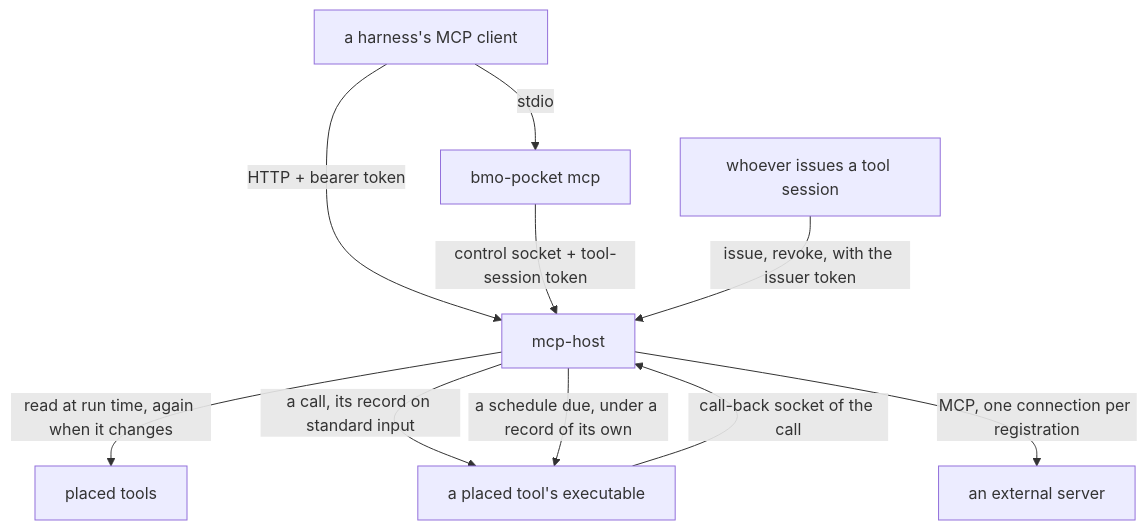
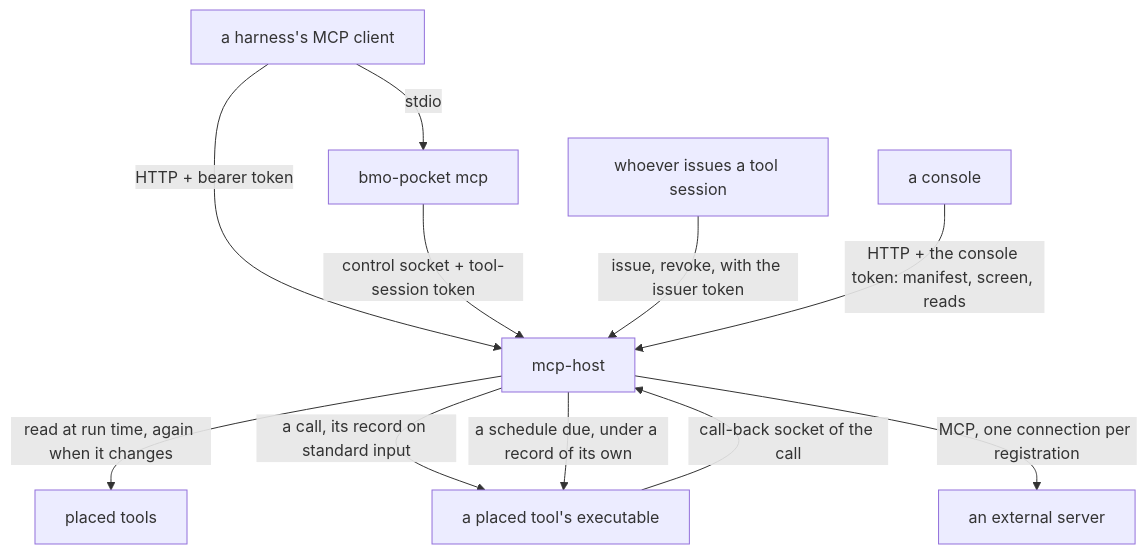
Before and after one commit to ahas/bmo-pocket: the diagram in docs/mcp-host.md, drawn with Mermaid. The commit also changed other lines of this file and 59 other files, not shown here.

First line of the commit message:
Serve the host's screen as a console bundle on a console face of its own

````diff
--- a/docs/mcp-host.md
+++ b/docs/mcp-host.md
@@ -24,12 +24,13 @@
 ```mermaid
 flowchart TD
   Harness[a harness's MCP client] -->|HTTP + bearer token| Host[mcp-host]
   Harness -->|stdio| Plugin[bmo-pocket mcp]
   Plugin -->|control socket + tool-session token| Host
   Issuer[whoever issues a tool session] -->|issue, revoke, with the issuer token| Host
   Host -->|read at run time, again when it changes| Placed[placed tools]
   Host -->|a call, its record on standard input| Exe[a placed tool's executable]
   Exe -->|call-back socket of the call| Host
   Host -->|a schedule due, under a record of its own| Exe
   Host -->|MCP, one connection per registration| External[an external server]
+  Console[a console] -->|HTTP + the console token: manifest, screen, reads| Host
 ```
````
